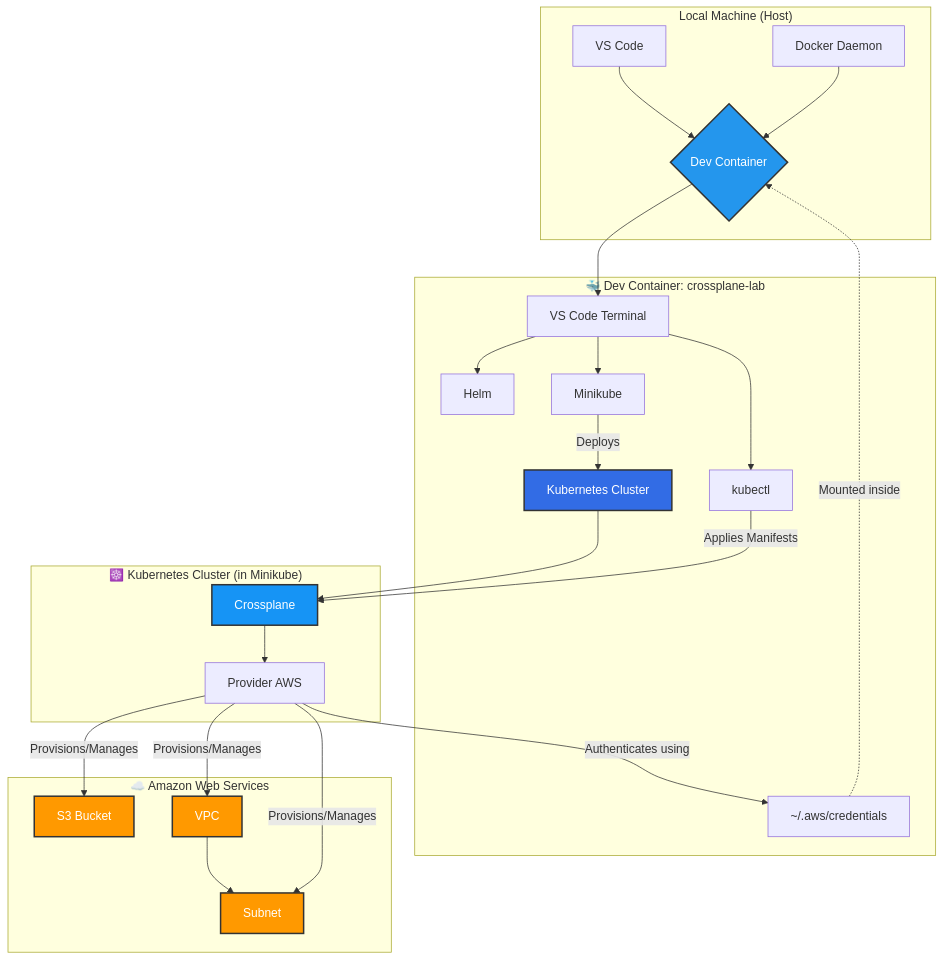
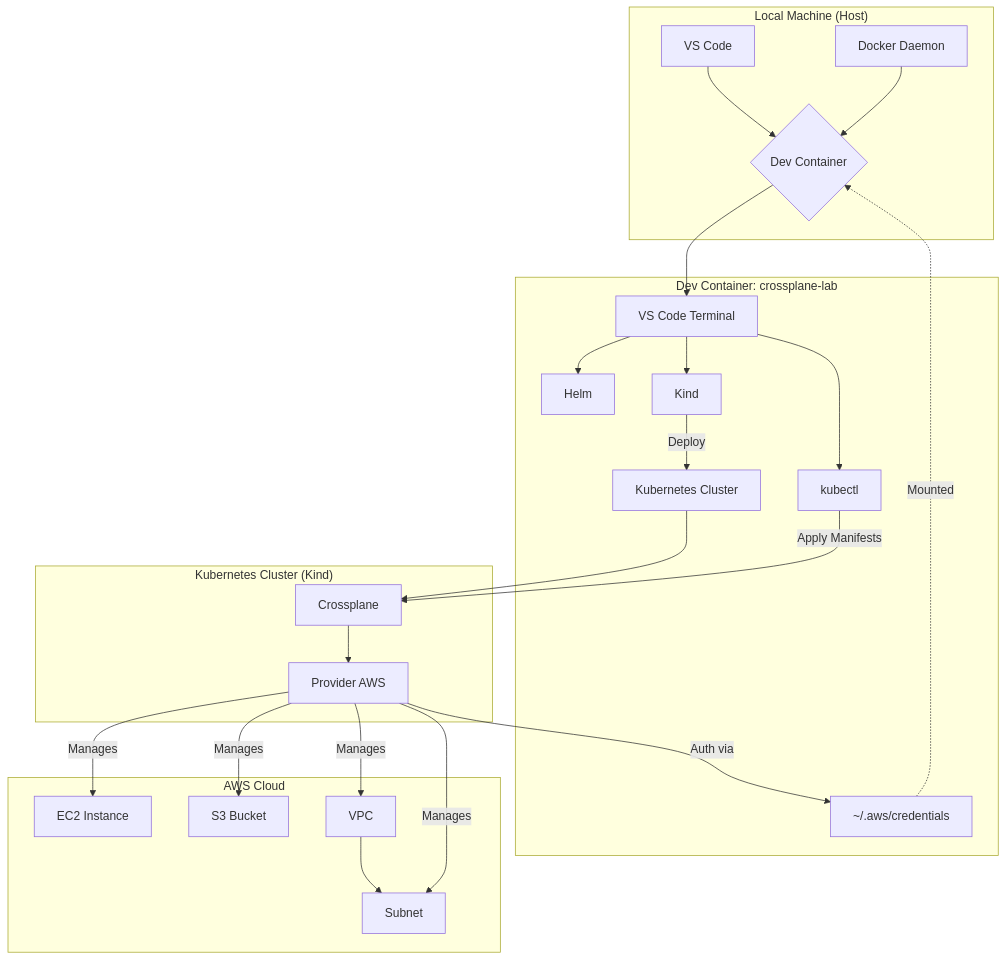
One commit to Portfolio-jaime/crossplane-lab changed the diagram in README.md. Above: the diagram before and after it, drawn with Mermaid. The commit also changed other lines of this file and 5 other files, not shown here.

````diff
--- a/README.md
+++ b/README.md
@@ -15,41 +14,29 @@
 ```mermaid
 graph TD
     subgraph "Local Machine (Host)"
         A[VS Code] --> B{Dev Container};
         C[Docker Daemon] --> B;
     end
-
-    subgraph "🐳 Dev Container: crossplane-lab"
+    subgraph "Dev Container: crossplane-lab"
         B --> E[VS Code Terminal];
         E --> F[kubectl];
         E --> G[Helm];
-        E --> H[Minikube];
-        H -- Deploys --> I[Kubernetes Cluster];
-        D[~/.aws/credentials] -.->|Mounted inside| B;
+        E --> H[Kind];
+        H -- Deploy --> I[Kubernetes Cluster];
+        D[~/.aws/credentials] -.->|Mounted| B;
     end
-
-    subgraph "☸️ Kubernetes Cluster (in Minikube)"
+    subgraph "Kubernetes Cluster (Kind)"
         I --> J[Crossplane];
         J --> K[Provider AWS];
     end
-
-    subgraph "☁️ Amazon Web Services"
-        L[S3 Bucket];
-        M[VPC];
-        N[Subnet];
-        M --> N;
+    subgraph "AWS Cloud"
+        L[EC2 Instance];
+        M[S3 Bucket];
+        N[VPC];
+        O[Subnet];
+        N --> O;
     end
-
-    F -- Applies Manifests --> J;
-    K -- Authenticates using --> D;
-    K -- Provisions/Manages --> L;
-    K -- Provisions/Manages --> M;
-    K -- Provisions/Manages --> N;
-
-    style B fill:#2496ed,stroke:#333,stroke-width:2px,color:#fff
-    style I fill:#326ce5,stroke:#333,stroke-width:2px,color:#fff
-    style J fill:#1694f5,stroke:#333,stroke-width:2px,color:#fff
-    style L fill:#ff9900,stroke:#333,stroke-width:2px,color:#fff
-    style M fill:#ff9900,stroke:#333,stroke-width:2px,color:#fff
-    style N fill:#ff9900,stroke:#333,stroke-width:2px,color:#fff
+    F -- Apply Manifests --> J;
+    K -- Auth via --> D;
+    K -- Manages --> L & M & N & O;
 ```
````
